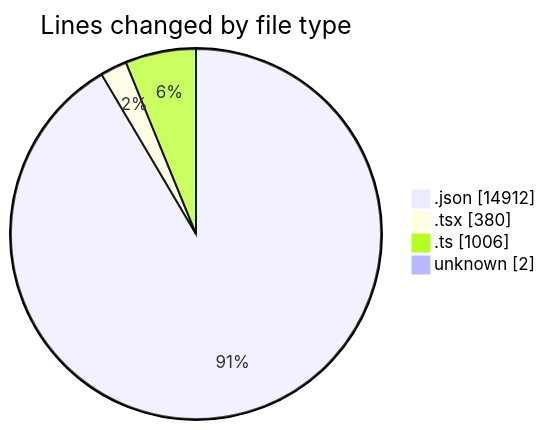
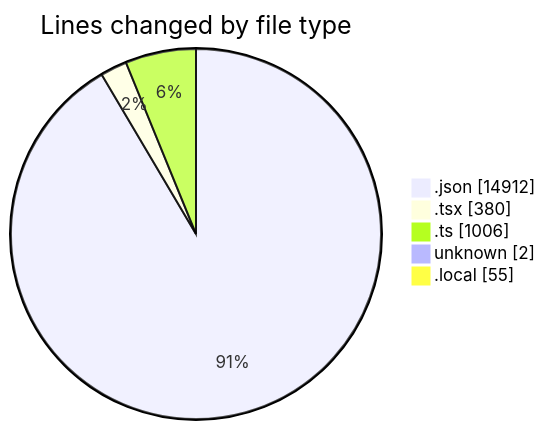
The first of 2 diagrams in 2025-11-19/eventscop-frontend-guide__workspace_/README.md (julien-gomy/code-tracking), drawn with Mermaid before and after one commit. The commit also changed other lines of this file and 1 other file, not shown here.

````diff
--- a/2025-11-19/eventscop-frontend-guide__workspace_/README.md
+++ b/2025-11-19/eventscop-frontend-guide__workspace_/README.md
@@ -50,8 +51,9 @@
 ```mermaid
 pie showData
 title Lines changed by file type
 ".json" : 14912
 ".tsx" : 380
 ".ts" : 1006
 "unknown" : 2
+".local" : 55
 ```
````
